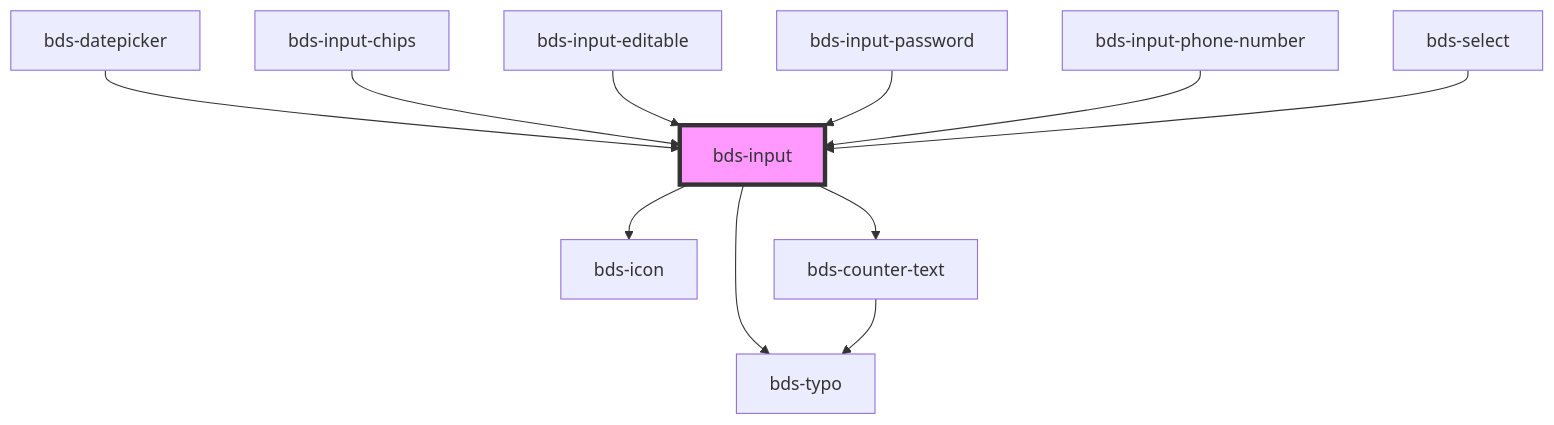
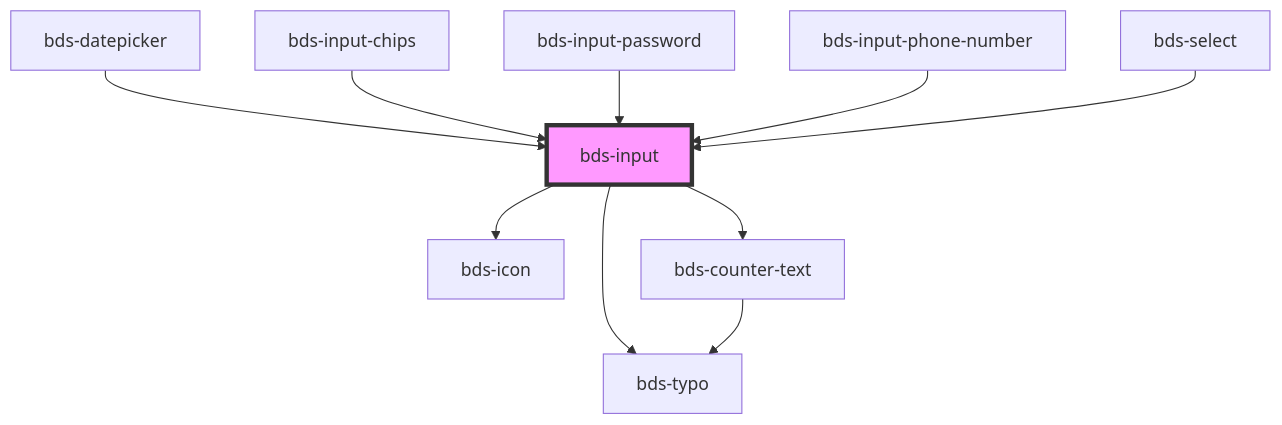
One commit to takenet/blip-ds changed the diagram in src/components/input/readme.md. Above: the diagram before and after it, drawn with Mermaid. The commit also changed other lines of this file and 4 other files, not shown here.

Commit message:
fix(input-editable): uncapsulate input from input-editable

````diff
--- a/src/components/input/readme.md
+++ b/src/components/input/readme.md
@@ -138,14 +137,13 @@
 ```mermaid
 graph TD;
   bds-input --> bds-icon
   bds-input --> bds-typo
   bds-input --> bds-counter-text
   bds-counter-text --> bds-typo
   bds-datepicker --> bds-input
   bds-input-chips --> bds-input
-  bds-input-editable --> bds-input
   bds-input-password --> bds-input
   bds-input-phone-number --> bds-input
   bds-select --> bds-input
   style bds-input fill:#f9f,stroke:#333,stroke-width:4px
 ```
````
